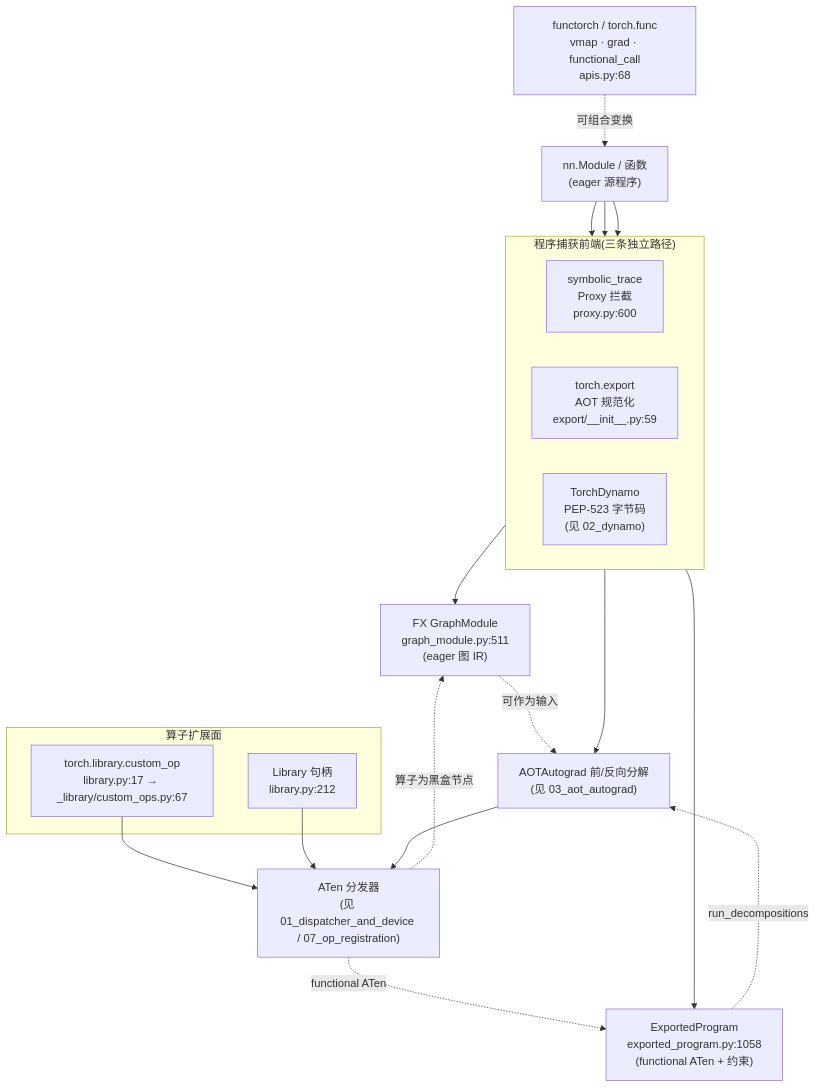
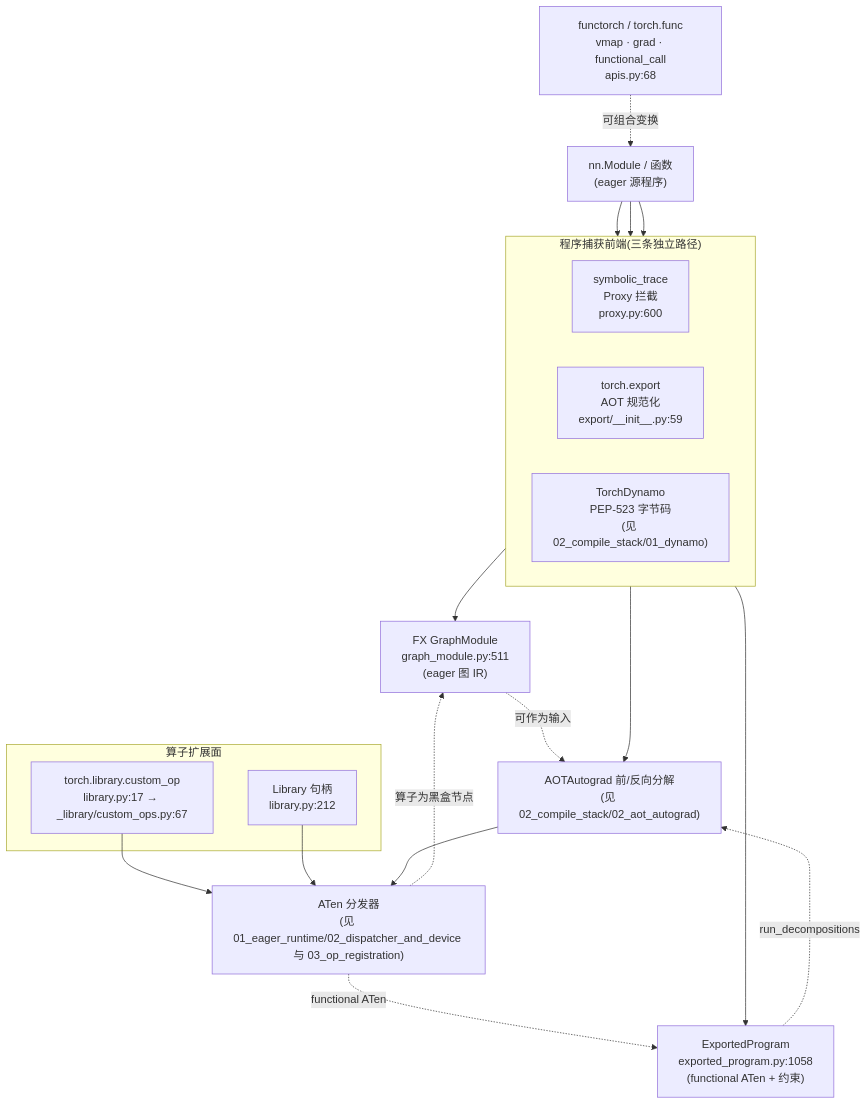
Before and after one commit to suhaibo666/llm-knowledge: the first of 2 diagrams in wiki/02_engineering/01_ai_frameworks/04_export_and_distributed/01_fx_export_extensibility/index.md, drawn with Mermaid. The commit also changed other lines of this file and 13 other files, not shown here.

````diff
--- a/wiki/02_engineering/01_ai_frameworks/04_export_and_distributed/01_fx_export_extensibility/index.md
+++ b/wiki/02_engineering/01_ai_frameworks/04_export_and_distributed/01_fx_export_extensibility/index.md
@@ -30,35 +30,35 @@
 ```mermaid
 flowchart TB
     M["nn.Module / 函数<br/>(eager 源程序)"]
 
     subgraph CAP["程序捕获前端(三条独立路径)"]
         direction LR
         ST["symbolic_trace<br/>Proxy 拦截<br/>proxy.py:600"]
         EX["torch.export<br/>AOT 规范化<br/>export/__init__.py:59"]
-        DY["TorchDynamo<br/>PEP-523 字节码<br/>(见 02_dynamo)"]
+        DY["TorchDynamo<br/>PEP-523 字节码<br/>(见 02_compile_stack/01_dynamo)"]
     end
 
     M --> ST
     M --> EX
     M --> DY
 
     ST --> GM["FX GraphModule<br/>graph_module.py:511<br/>(eager 图 IR)"]
     EX --> EP["ExportedProgram<br/>exported_program.py:1058<br/>(functional ATen + 约束)"]
-    DY --> AOT["AOTAutograd 前/反向分解<br/>(见 03_aot_autograd)"]
+    DY --> AOT["AOTAutograd 前/反向分解<br/>(见 02_compile_stack/02_aot_autograd)"]
 
     GM -.可作为输入.-> AOT
     EP -.run_decompositions.-> AOT
 
     subgraph EXT["算子扩展面"]
         CO["torch.library.custom_op<br/>library.py:17 → _library/custom_ops.py:67"]
         LIB["Library 句柄<br/>library.py:212"]
     end
-    CO --> DISP["ATen 分发器<br/>(见 01_dispatcher_and_device / 07_op_registration)"]
+    CO --> DISP["ATen 分发器<br/>(见 01_eager_runtime/02_dispatcher_and_device 与 03_op_registration)"]
     LIB --> DISP
 
     DISP -.算子为黑盒节点.-> GM
     DISP -.functional ATen.-> EP
     AOT --> DISP
 
     FT["functorch / torch.func<br/>vmap · grad · functional_call<br/>apis.py:68"] -.可组合变换.-> M
 ```
````
